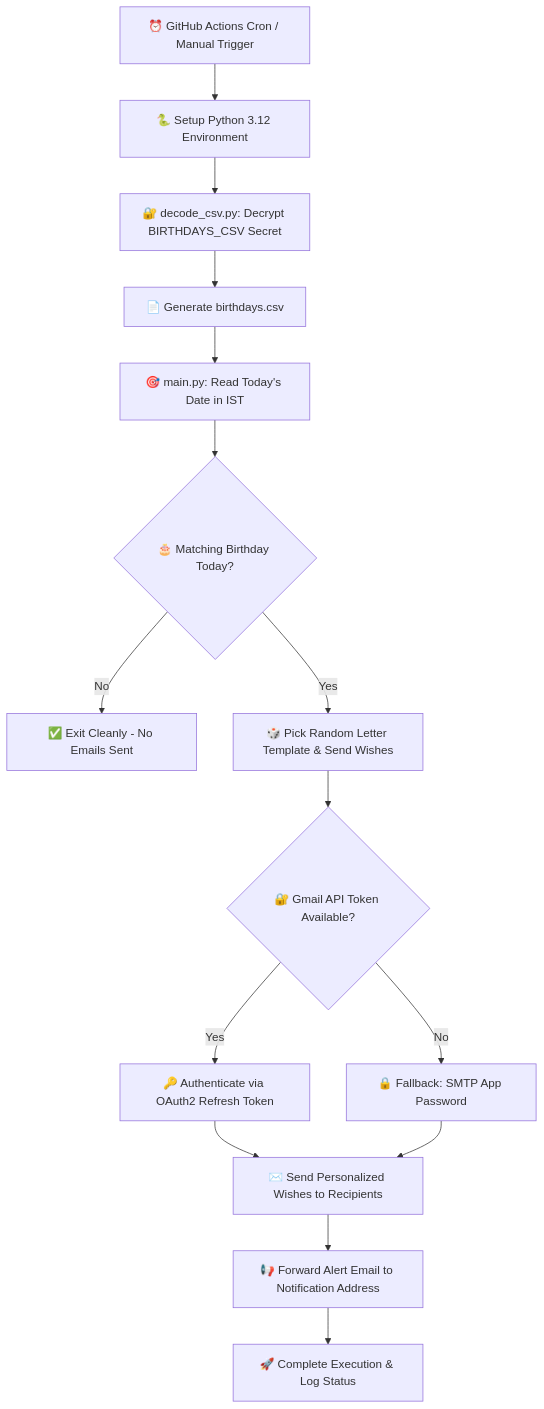
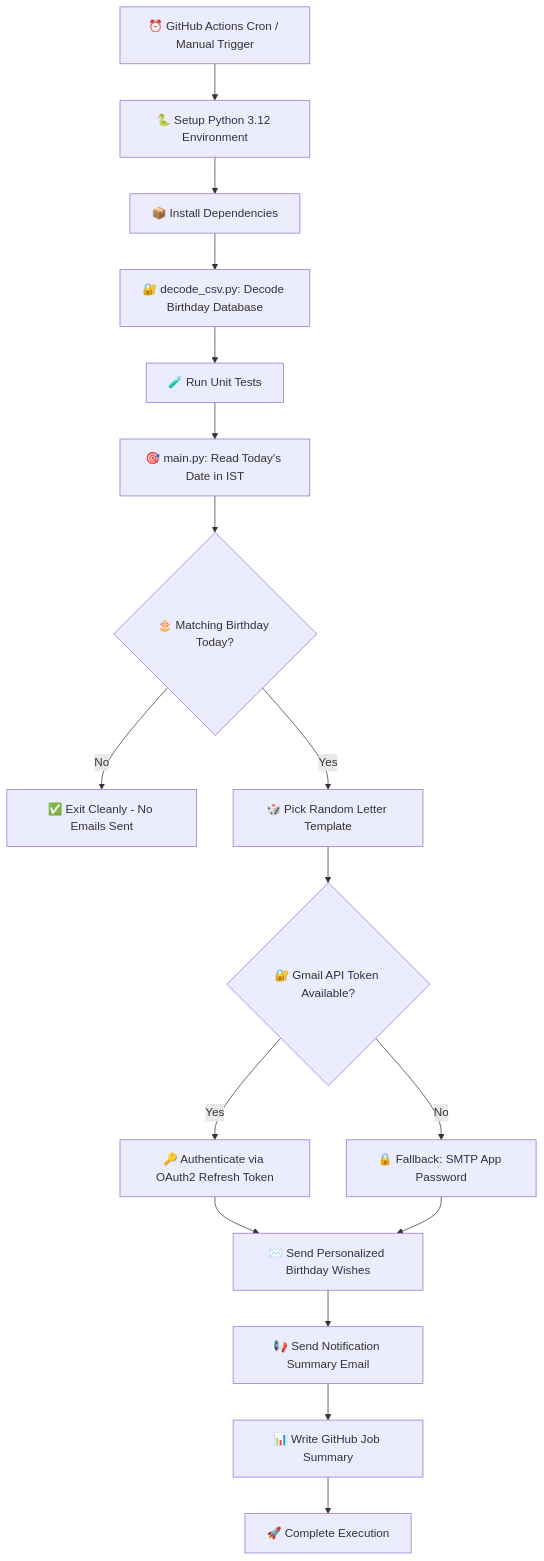
One commit to ragul-r-v/birthday-wisher changed the first of 2 diagrams in README.md. Above: the diagram before and after it, drawn with Mermaid. The commit also changed other lines of this file and 4 other files, not shown here.

````diff
--- a/README.md
+++ b/README.md
@@ -61,17 +72,19 @@
 ```mermaid
 flowchart TD
     A[⏰ GitHub Actions Cron / Manual Trigger] --> B[🐍 Setup Python 3.12 Environment]
-    B --> C[🔐 decode_csv.py: Decrypt BIRTHDAYS_CSV Secret]
-    C --> D[📄 Generate birthdays.csv]
-    D --> E[🎯 main.py: Read Today's Date in IST]
-    E --> F{🎂 Matching Birthday Today?}
-    F -- No --> G[✅ Exit Cleanly - No Emails Sent]
-    F -- Yes --> H[🎲 Pick Random Letter Template & Send Wishes]
-    H --> I{🔐 Gmail API Token Available?}
-    I -- Yes --> J[🔑 Authenticate via OAuth2 Refresh Token]
-    I -- No --> K[🔒 Fallback: SMTP App Password]
-    J --> L[✉️ Send Personalized Wishes to Recipients]
-    K --> L
-    L --> M[📢 Forward Alert Email to Notification Address]
-    M --> N[🚀 Complete Execution & Log Status]
+    B --> C[📦 Install Dependencies]
+    C --> D[🔐 decode_csv.py: Decode Birthday Database]
+    D --> E[🧪 Run Unit Tests]
+    E --> F[🎯 main.py: Read Today's Date in IST]
+    F --> G{🎂 Matching Birthday Today?}
+    G -- No --> H[✅ Exit Cleanly - No Emails Sent]
+    G -- Yes --> I[🎲 Pick Random Letter Template]
+    I --> J{🔐 Gmail API Token Available?}
+    J -- Yes --> K[🔑 Authenticate via OAuth2 Refresh Token]
+    J -- No --> L[🔒 Fallback: SMTP App Password]
+    K --> M[✉️ Send Personalized Birthday Wishes]
+    L --> M
+    M --> N[📢 Send Notification Summary Email]
+    N --> O[📊 Write GitHub Job Summary]
+    O --> P[🚀 Complete Execution]
 ```
````
